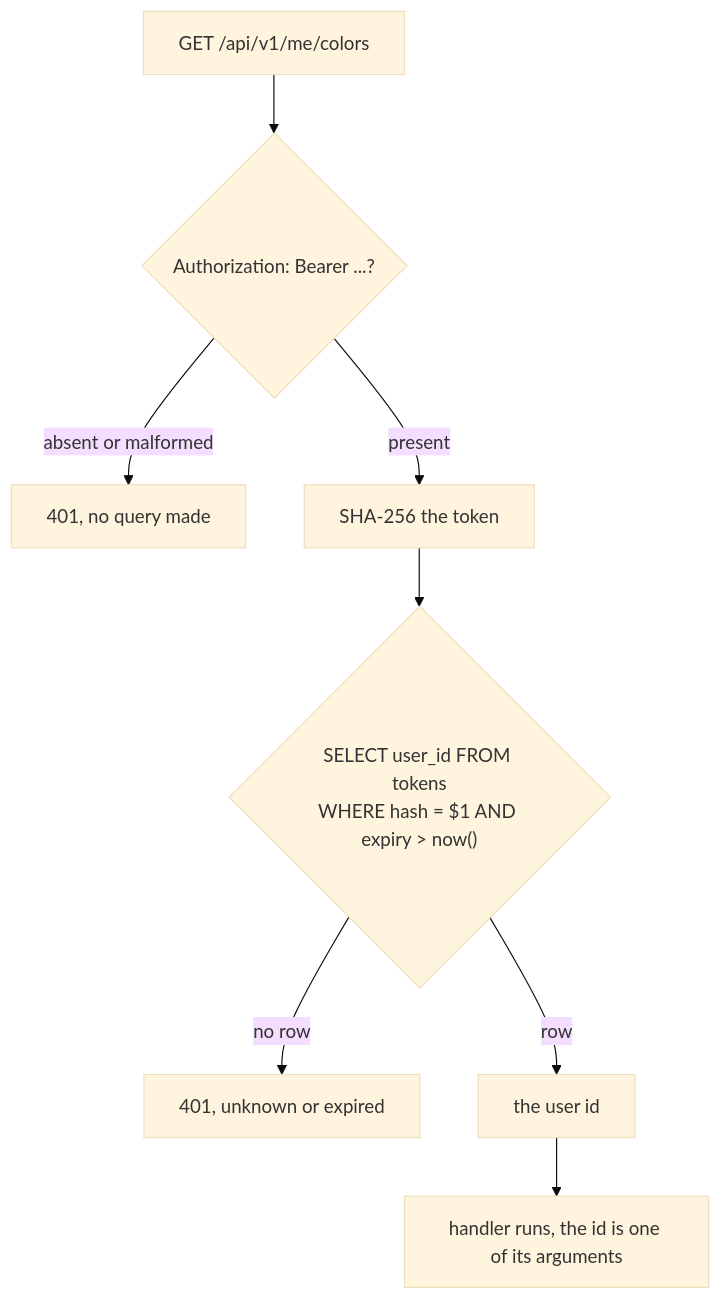
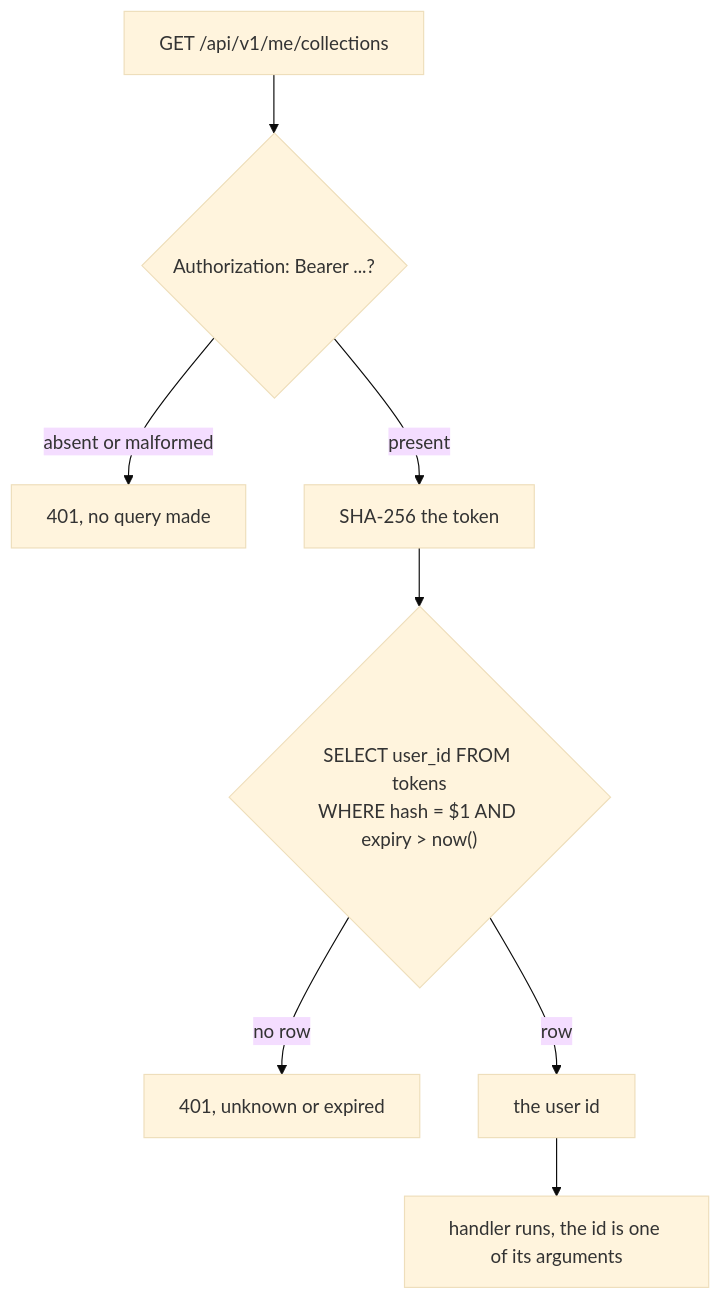
The third of 3 diagrams in docs/auth.md (salandered/wavelen), drawn with Mermaid (base theme) before and after one commit. The commit also changed 45 other files, not shown here.

````diff
--- a/docs/auth.md
+++ b/docs/auth.md
@@ -87,10 +87,10 @@
 ```mermaid
 flowchart TD
-    A["GET /api/v1/me/colors"] --> B{"Authorization: Bearer ...?"}
+    A["GET /api/v1/me/collections"] --> B{"Authorization: Bearer ...?"}
     B -- absent or malformed --> E1["401, no query made"]
     B -- present --> C["SHA-256 the token"]
     C --> D{"SELECT user_id FROM tokens<br/>WHERE hash = $1 AND expiry > now()"}
     D -- no row --> E2["401, unknown or expired"]
     D -- row --> F["the user id"]
     F --> H["handler runs, the id is one of its arguments"]
 ```
````
